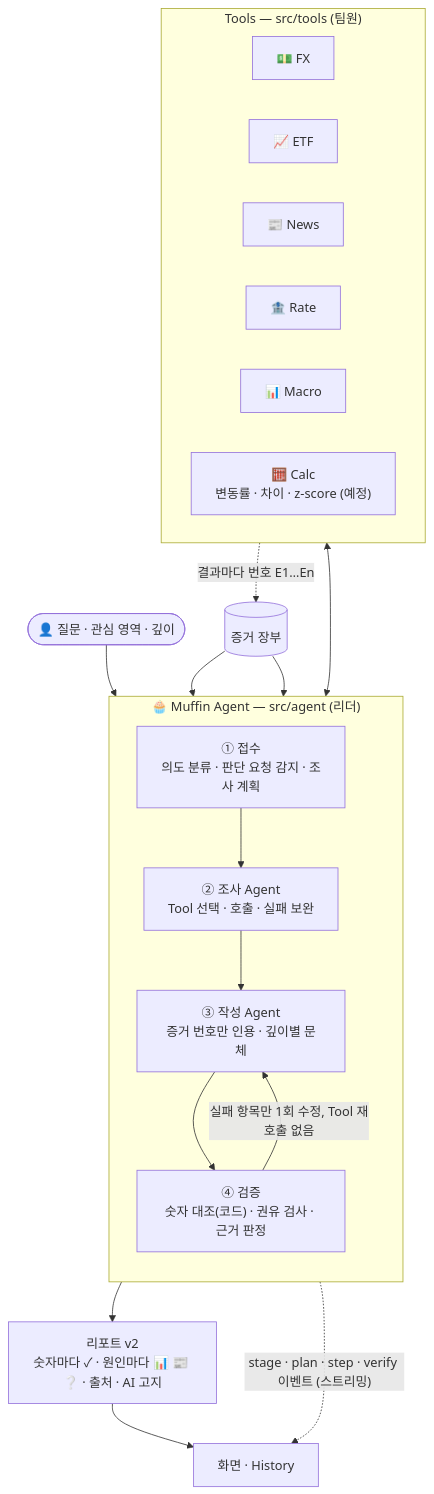
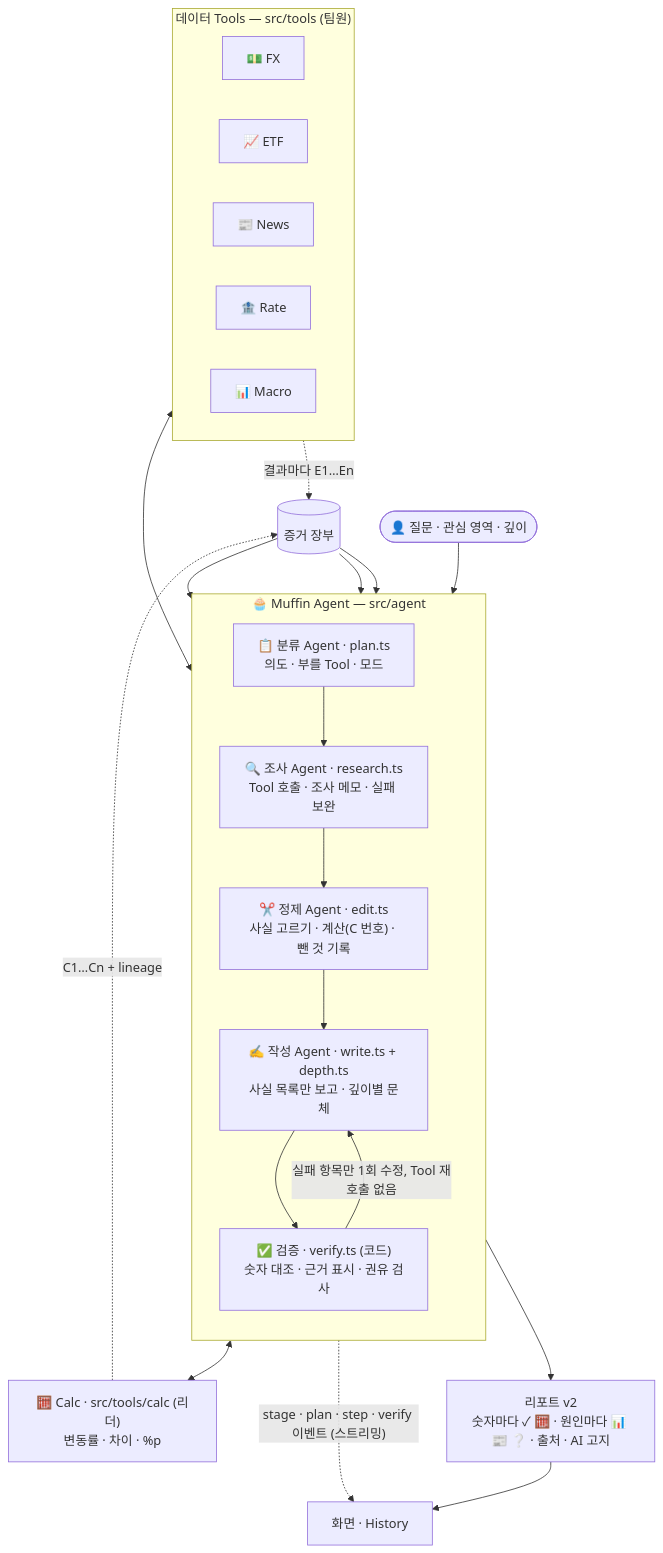
The first of 3 diagrams in README.md (muffin-lab-it/muffin), drawn with Mermaid before and after one commit. The commit also changed other lines of this file and 4 other files, not shown here.

````diff
--- a/README.md
+++ b/README.md
@@ -19,33 +19,37 @@
 ```mermaid
 flowchart TB
-    U(["👤 질문 · 관심 영역 · 깊이"]) --> IN
+    U(["👤 질문 · 관심 영역 · 깊이"]) --> PL
 
-    subgraph P["🧁 Muffin Agent — src/agent (리더)"]
+    subgraph P["🧁 Muffin Agent — src/agent"]
         direction TB
-        IN["① 접수<br/>의도 분류 · 판단 요청 감지 · 조사 계획"]
-        RS["② 조사 Agent<br/>Tool 선택 · 호출 · 실패 보완"]
-        WR["③ 작성 Agent<br/>증거 번호만 인용 · 깊이별 문체"]
-        VF["④ 검증<br/>숫자 대조(코드) · 권유 검사 · 근거 판정"]
-        IN --> RS --> WR --> VF
+        PL["📋 분류 Agent · plan.ts<br/>의도 · 부를 Tool · 모드"]
+        RS["🔍 조사 Agent · research.ts<br/>Tool 호출 · 조사 메모 · 실패 보완"]
+        ED["✂️ 정제 Agent · edit.ts<br/>사실 고르기 · 계산(C 번호) · 뺀 것 기록"]
+        WR["✍️ 작성 Agent · write.ts + depth.ts<br/>사실 목록만 보고 · 깊이별 문체"]
+        VF["✅ 검증 · verify.ts (코드)<br/>숫자 대조 · 근거 표시 · 권유 검사"]
+        PL --> RS --> ED --> WR --> VF
         VF -- "실패 항목만 1회 수정, Tool 재호출 없음" --> WR
     end
 
-    subgraph T["Tools — src/tools (팀원)"]
+    subgraph T["데이터 Tools — src/tools (팀원)"]
         direction LR
         FX["💵 FX"]
         ETF["📈 ETF"]
         NEWS["📰 News"]
         RATE["🏦 Rate"]
         MACRO["📊 Macro"]
-        CALC["🧮 Calc<br/>변동률 · 차이 · z-score (예정)"]
     end
+    CALC["🧮 Calc · src/tools/calc (리더)<br/>변동률 · 차이 · %p"]
 
     RS <--> T
-    T -. "결과마다 번호 E1…En" .-> L[("증거 장부")]
+    ED <--> CALC
+    T -. "결과마다 E1…En" .-> L[("증거 장부")]
+    CALC -. "C1…Cn + lineage" .-> L
+    L --> ED
     L --> WR
     L --> VF
 
-    VF --> R["리포트 v2<br/>숫자마다 ✓ · 원인마다 📊 📰 ❔ · 출처 · AI 고지"]
+    VF --> R["리포트 v2<br/>숫자마다 ✓ 🧮 · 원인마다 📊 📰 ❔ · 출처 · AI 고지"]
     R --> UI["화면 · History"]
     P -. "stage · plan · step · verify 이벤트 (스트리밍)" .-> UI
 ```
````
